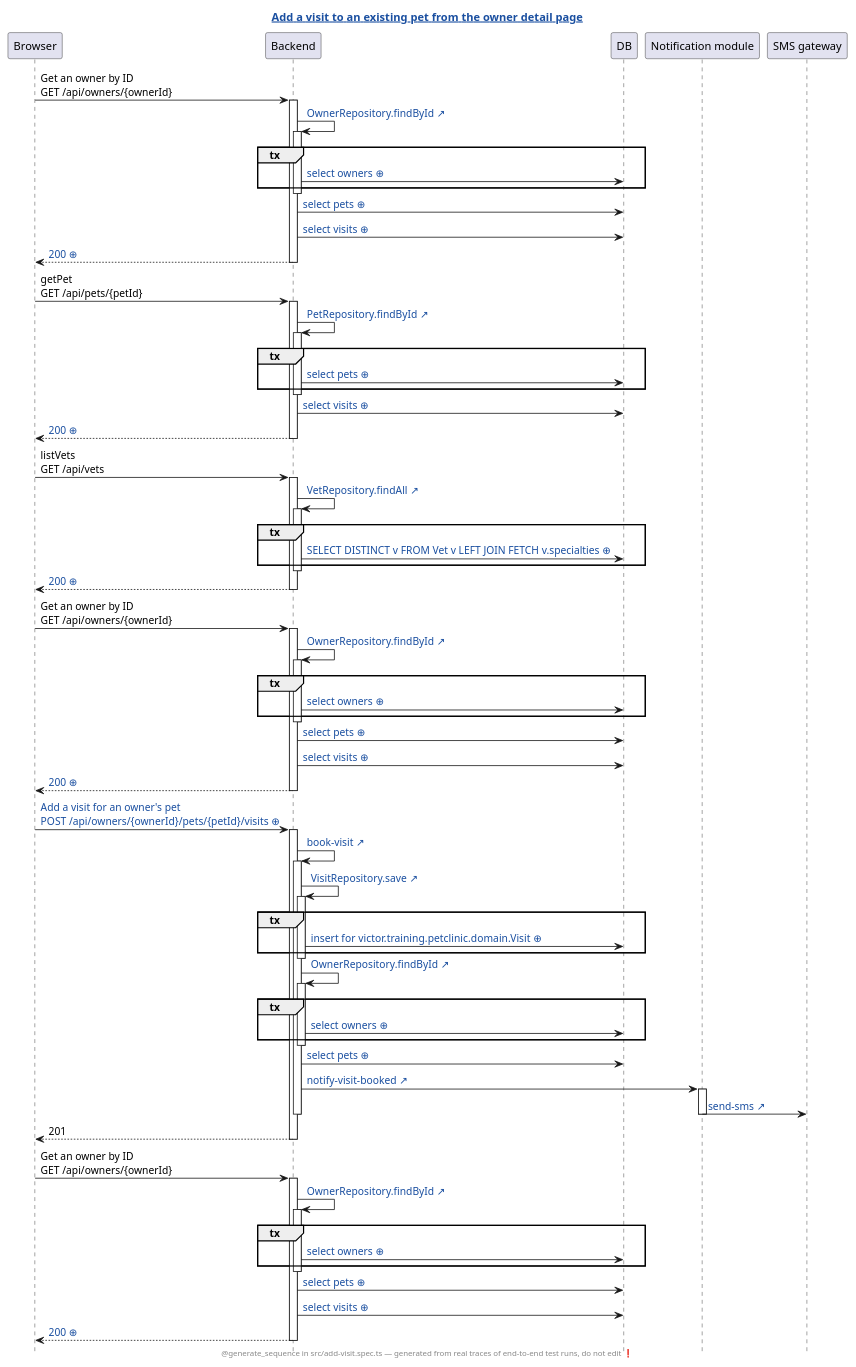
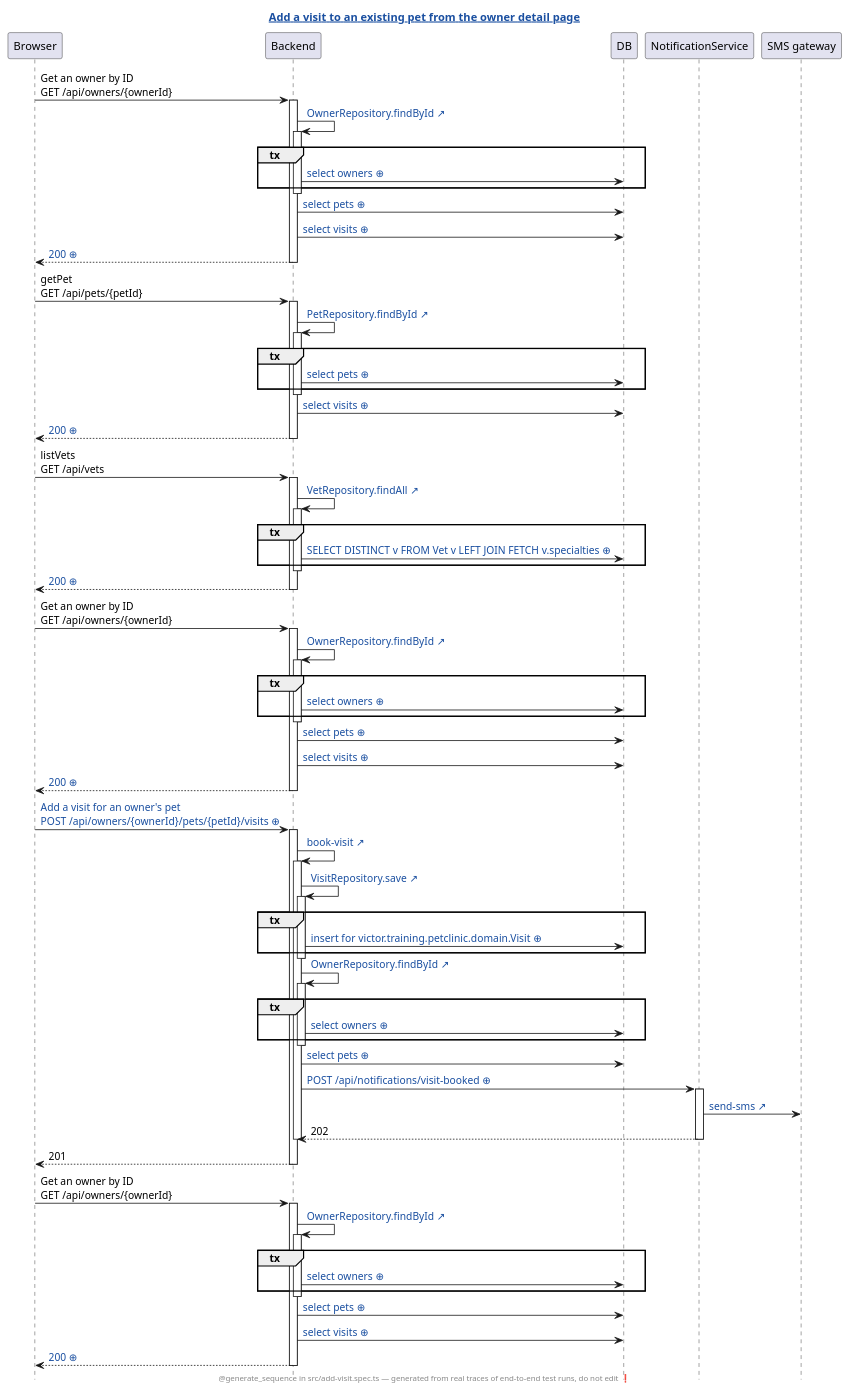
Before and after one commit to victorrentea/petclinic: the diagram in petclinic-test/generated/add-visit.spec.ts.add-a-visit-to-an-existing-pet-from-the-owner-detail-page.genseq.puml, drawn with PlantUML. The commit also changed 9 other files, not shown here.

First line of the commit message:
Re-record every sequence diagram against the notification-service split

```diff
--- a/petclinic-test/generated/add-visit.spec.ts.add-a-visit-to-an-existing-pet-from-the-owner-detail-page.genseq.puml
+++ b/petclinic-test/generated/add-visit.spec.ts.add-a-visit-to-an-existing-pet-from-the-owner-detail-page.genseq.puml
@@ -1,94 +1,95 @@
 @startuml
 ' ⚠️  GENERATED FILE — DO NOT EDIT. Every edit is lost on the next run.
 hide footbox
 skinparam hyperlinkUnderline false
 skinparam hyperlinkColor #1A4FA0
 title [[src://petclinic-test/src/add-visit.spec.ts:34{Click to open the test} Add a visit to an existing pet from the owner detail page]]
 footer @generate_sequence in src/add-visit.spec.ts — generated from real traces of end-to-end test runs, do not edit ❗
 participant Browser
 participant Backend
 participant DB
-participant "Notification module"
+participant NotificationService
 participant "SMS gateway"
 Browser -> Backend: Get an owner by ID\nGET /api/owners/{ownerId}
 activate Backend
 Backend -> Backend: [[src://petclinic-backend/src/main/java/victor/training/petclinic/repository/OwnerRepository.java:14{Click to open OwnerRepository.findById} OwnerRepository.findById ↗]]
 activate Backend
 group tx
 Backend -> DB: [[genseq://0x8aana{Click for the statement behind this call} select owners ⊕]]
 end
 deactivate Backend
 Backend -> DB: [[genseq://18567ho{Click for the statement behind this call} select pets ⊕]]
 Backend -> DB: [[genseq://1eq1h2q{Click for the statement behind this call} select visits ⊕]]
 Backend --> Browser: [[genseq://0tvg3tn{Click for this call’s JSON body} 200 ⊕]]
 deactivate Backend
 Browser -> Backend: getPet\nGET /api/pets/{petId}
 activate Backend
 Backend -> Backend: [[src://petclinic-backend/src/main/java/victor/training/petclinic/repository/PetRepository.java:16{Click to open PetRepository.findById} PetRepository.findById ↗]]
 activate Backend
 group tx
 Backend -> DB: [[genseq://0y7w2ps{Click for the statement behind this call} select pets ⊕]]
 end
 deactivate Backend
 Backend -> DB: [[genseq://1eq1h2q{Click for the statement behind this call} select visits ⊕]]
 Backend --> Browser: [[genseq://0ts0dcp{Click for this call’s JSON body} 200 ⊕]]
 deactivate Backend
 Browser -> Backend: listVets\nGET /api/vets
 activate Backend
 Backend -> Backend: [[src://petclinic-backend/src/main/java/victor/training/petclinic/repository/VetRepository.java:12{Click to open VetRepository.findAll} VetRepository.findAll ↗]]
 activate Backend
 group tx
 Backend -> DB: [[genseq://0p6yxbc{Click for the statement behind this call} SELECT DISTINCT v FROM Vet v LEFT JOIN FETCH v.specialties ⊕]]
 end
 deactivate Backend
 Backend --> Browser: [[genseq://1nmg2oo{Click for this call’s JSON body} 200 ⊕]]
 deactivate Backend
 Browser -> Backend: Get an owner by ID\nGET /api/owners/{ownerId}
 activate Backend
 Backend -> Backend: [[src://petclinic-backend/src/main/java/victor/training/petclinic/repository/OwnerRepository.java:14{Click to open OwnerRepository.findById} OwnerRepository.findById ↗]]
 activate Backend
 group tx
 Backend -> DB: [[genseq://0x8aana{Click for the statement behind this call} select owners ⊕]]
 end
 deactivate Backend
 Backend -> DB: [[genseq://18567ho{Click for the statement behind this call} select pets ⊕]]
 Backend -> DB: [[genseq://1eq1h2q{Click for the statement behind this call} select visits ⊕]]
 Backend --> Browser: [[genseq://0tvg3tn{Click for this call’s JSON body} 200 ⊕]]
 deactivate Backend
-Browser -> Backend: [[genseq://06reo0d{Click for this call’s JSON body} Add a visit for an owner's pet\nPOST /api/owners/{ownerId}/pets/{petId}/visits ⊕]]
+Browser -> Backend: [[genseq://1qey6ns{Click for this call’s JSON body} Add a visit for an owner's pet\nPOST /api/owners/{ownerId}/pets/{petId}/visits ⊕]]
 activate Backend
 Backend -> Backend: [[src://petclinic-backend/src/main/java/victor/training/petclinic/rest/OwnerRestController.java:191{Click to open OwnerRestController.bookVisit} book-visit ↗]]
 activate Backend
 Backend -> Backend: [[src://petclinic-backend/src/main/java/victor/training/petclinic/repository/VisitRepository.java:14{Click to open VisitRepository.save} VisitRepository.save ↗]]
 activate Backend
 group tx
-Backend -> DB: [[genseq://0mgbrlu{Click for the statement behind this call} insert for victor.training.petclinic.domain.Visit ⊕]]
+Backend -> DB: [[genseq://0i6kn47{Click for the statement behind this call} insert for victor.training.petclinic.domain.Visit ⊕]]
 end
 deactivate Backend
 Backend -> Backend: [[src://petclinic-backend/src/main/java/victor/training/petclinic/repository/OwnerRepository.java:14{Click to open OwnerRepository.findById} OwnerRepository.findById ↗]]
 activate Backend
 group tx
 Backend -> DB: [[genseq://0x8aana{Click for the statement behind this call} select owners ⊕]]
 end
 deactivate Backend
 Backend -> DB: [[genseq://18567ho{Click for the statement behind this call} select pets ⊕]]
-Backend -> "Notification module": [[src://petclinic-backend/src/main/java/victor/training/petclinic/notification/FakeSmsNotificationSender.java:45{Click to open FakeSmsNotificationSender.visitBooked} notify-visit-booked ↗]]
-activate "Notification module"
-"Notification module" -> "SMS gateway": [[src://petclinic-backend/src/main/java/victor/training/petclinic/notification/FakeSmsNotificationSender.java:47{Click to open FakeSmsNotificationSender.sendSms} send-sms ↗]]
-deactivate "Notification module"
+Backend -> NotificationService: [[genseq://1cfd0z0{Click for this call’s JSON body} POST /api/notifications/visit-booked ⊕]]
+activate NotificationService
+NotificationService -> "SMS gateway": [[src://notification-service/src/main/java/victor/training/notification/SmsGateway.java:23{Click to open SmsGateway.send} send-sms ↗]]
+NotificationService --> Backend: 202
+deactivate NotificationService
 deactivate Backend
 Backend --> Browser: 201
 deactivate Backend
 Browser -> Backend: Get an owner by ID\nGET /api/owners/{ownerId}
 activate Backend
 Backend -> Backend: [[src://petclinic-backend/src/main/java/victor/training/petclinic/repository/OwnerRepository.java:14{Click to open OwnerRepository.findById} OwnerRepository.findById ↗]]
 activate Backend
 group tx
 Backend -> DB: [[genseq://0x8aana{Click for the statement behind this call} select owners ⊕]]
 end
 deactivate Backend
 Backend -> DB: [[genseq://18567ho{Click for the statement behind this call} select pets ⊕]]
 Backend -> DB: [[genseq://1eq1h2q{Click for the statement behind this call} select visits ⊕]]
-Backend --> Browser: [[genseq://0ilsnr9{Click for this call’s JSON body} 200 ⊕]]
+Backend --> Browser: [[genseq://02yixe9{Click for this call’s JSON body} 200 ⊕]]
 deactivate Backend
 @enduml
```
